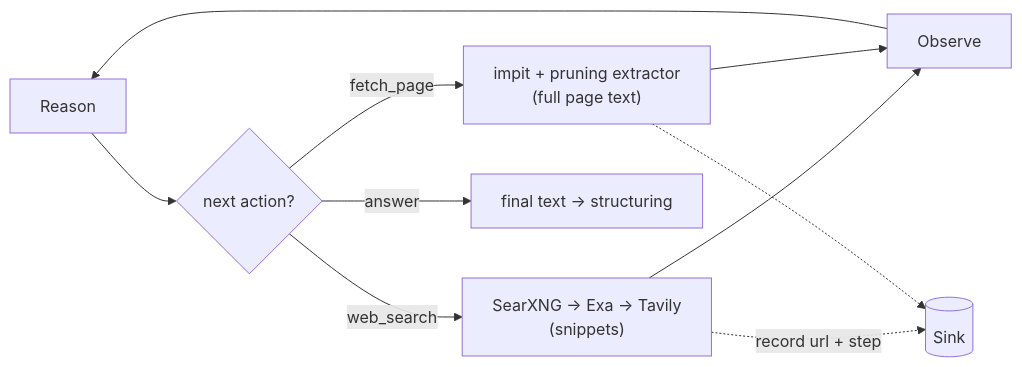
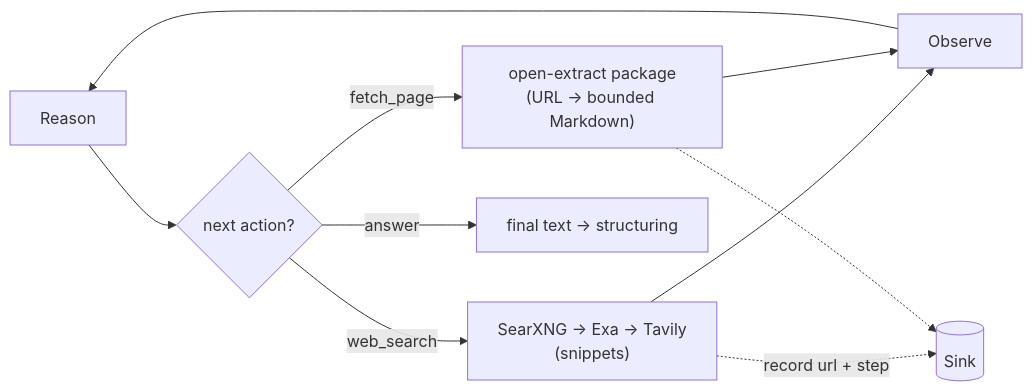
One commit to simonbalfe/openclaygent changed the third of 3 diagrams in docs/architecture.md. Above: the diagram before and after it, drawn with Mermaid. The commit also changed other lines of this file and 75 other files, not shown here.

````diff
--- a/docs/architecture.md
+++ b/docs/architecture.md
@@ -54,10 +54,10 @@
 ```mermaid
 flowchart LR
   R["Reason"] --> D{"next action?"}
   D -- web_search --> WS["SearXNG → Exa → Tavily<br/>(snippets)"] --> O["Observe"]
-  D -- fetch_page --> FP["impit + pruning extractor<br/>(full page text)"] --> O
+  D -- fetch_page --> FP["open-extract package<br/>(URL → bounded Markdown)"] --> O
   O --> R
   D -- answer --> A["final text → structuring"]
   WS -.->|"record url + step"| SINK[("Sink")]
   FP -.-> SINK
 ```
````
